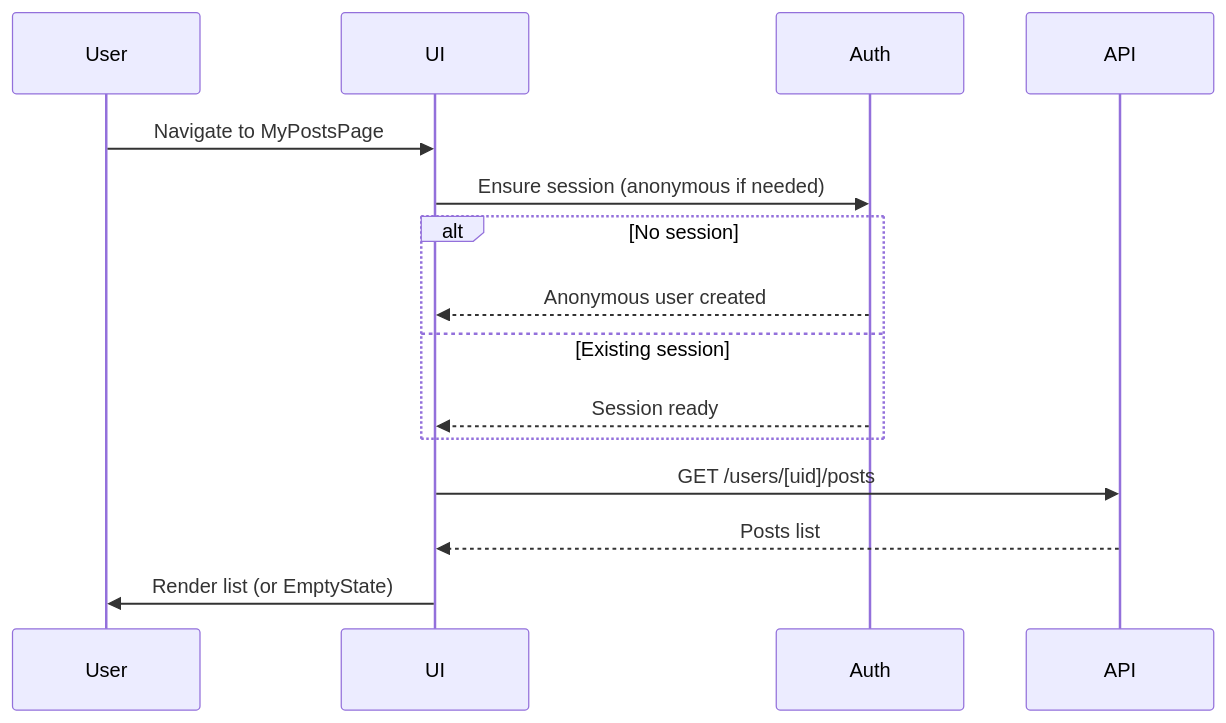
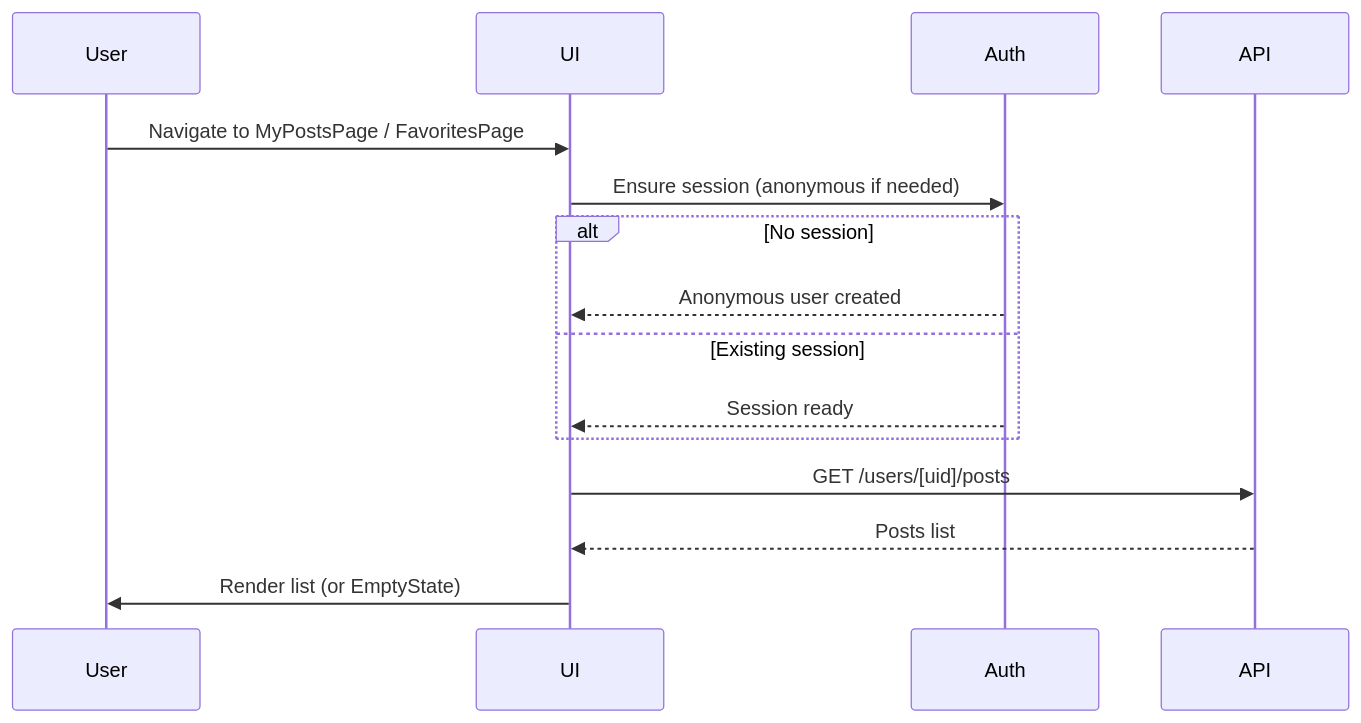
One commit to mnagatsuka/next-firebase-auth changed the fourth of 4 diagrams in docs/specifications/ui/page-transitions.md. Above: the diagram before and after it, drawn with Mermaid. The commit also changed other lines of this file and 67 other files, not shown here.

````diff
--- a/docs/specifications/ui/page-transitions.md
+++ b/docs/specifications/ui/page-transitions.md
@@ -119,18 +125,18 @@
 ```mermaid
 sequenceDiagram
     participant User
     participant UI
     participant Auth
     participant API
 
-    User->>UI: Navigate to MyPostsPage
+    User->>UI: Navigate to MyPostsPage / FavoritesPage
     UI->>Auth: Ensure session (anonymous if needed)
     alt No session
         Auth-->>UI: Anonymous user created
     else Existing session
         Auth-->>UI: Session ready
     end
     UI->>API: GET /users/[uid]/posts
     API-->>UI: Posts list
     UI->>User: Render list (or EmptyState)
 ```
````
